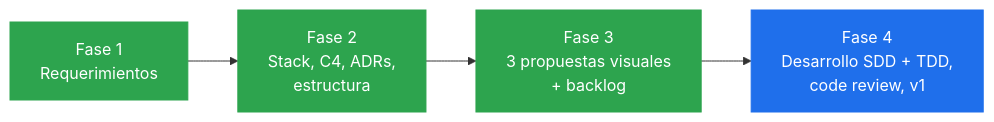
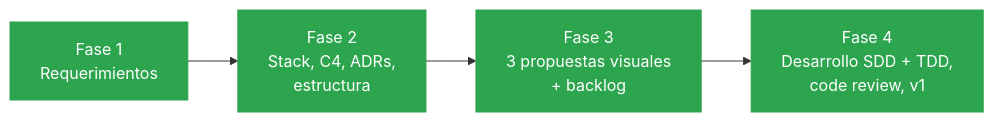
One commit to confiaing/confiahome changed the first of 5 diagrams in README.md. Above: the diagram before and after it, drawn with Mermaid. The commit also changed other lines of this file, not shown here.

Commit message:
README: cómo se construyó (stack agéntico, skills y prácticas de AI-SDLC); Fase 4 cerrada

````diff
--- a/README.md
+++ b/README.md
@@ -10,8 +10,8 @@
 ```mermaid
 flowchart LR
     F1["Fase 1<br/>Requerimientos"]:::done --> F2["Fase 2<br/>Stack, C4, ADRs,<br/>estructura"]:::done
     F2 --> F3["Fase 3<br/>3 propuestas visuales<br/>+ backlog"]:::done
-    F3 --> F4["Fase 4<br/>Desarrollo SDD + TDD,<br/>code review, v1"]:::now
+    F3 --> F4["Fase 4<br/>Desarrollo SDD + TDD,<br/>code review, v1"]:::done
     classDef now fill:#1f6feb,color:#fff,stroke:#1f6feb
     classDef done fill:#2da44e,color:#fff,stroke:#2da44e
 ```
````
